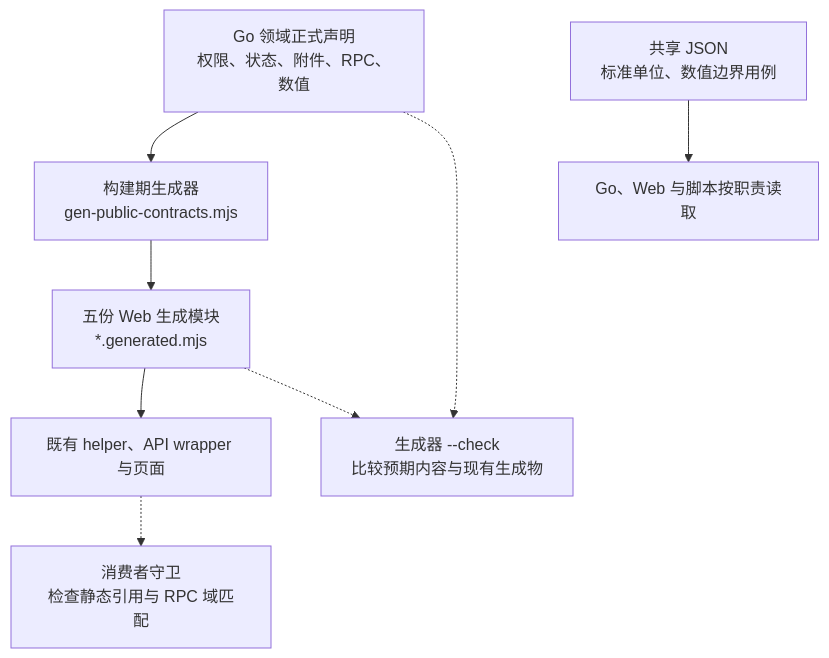
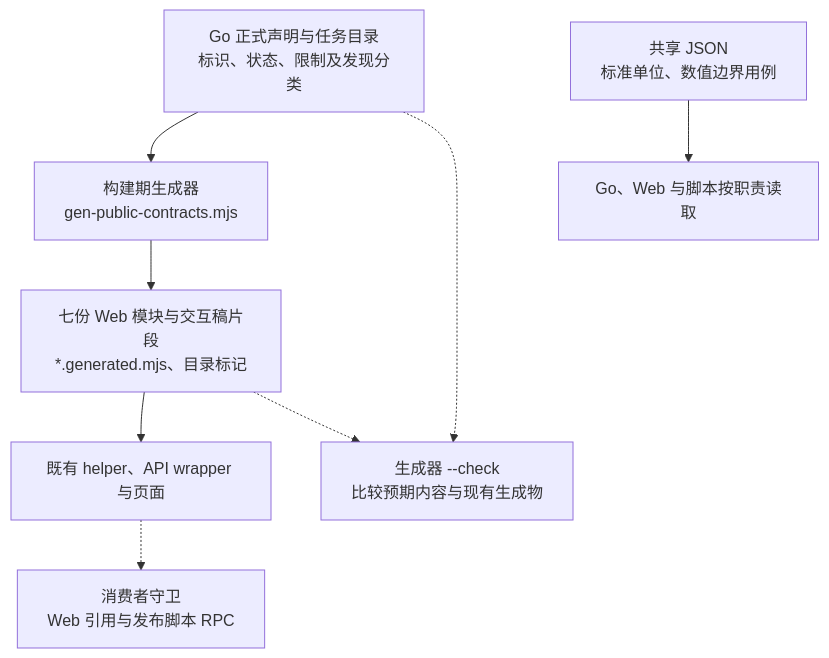
One commit to saurick/plush-toy-erp changed the first of 2 diagrams in docs/engineering/跨层公共契约与生成规范.md. Above: the diagram before and after it, drawn with Mermaid. The commit also changed other lines of this file and 638 other files, not shown here.

````diff
--- a/docs/engineering/跨层公共契约与生成规范.md
+++ b/docs/engineering/跨层公共契约与生成规范.md
@@ -28,17 +31,17 @@
 ```mermaid
 flowchart TD
-    source["Go 领域正式声明<br/>权限、状态、附件、RPC、数值"]
+    source["Go 正式声明与任务目录<br/>标识、状态、限制及发现分类"]
     generator["构建期生成器<br/>gen-public-contracts.mjs"]
-    generated["五份 Web 生成模块<br/>*.generated.mjs"]
+    generated["七份 Web 模块与交互稿片段<br/>*.generated.mjs、目录标记"]
     consumer["既有 helper、API wrapper 与页面"]
     data["共享 JSON<br/>标准单位、数值边界用例"]
     readers["Go、Web 与脚本按职责读取"]
     sync["生成器 --check<br/>比较预期内容与现有生成物"]
-    references["消费者守卫<br/>检查静态引用与 RPC 域匹配"]
+    references["消费者守卫<br/>Web 引用与发布脚本 RPC"]
 
     source --> generator --> generated --> consumer
     data --> readers
     source -.-> sync
     generated -.-> sync
     consumer -.-> references
 ```
````
